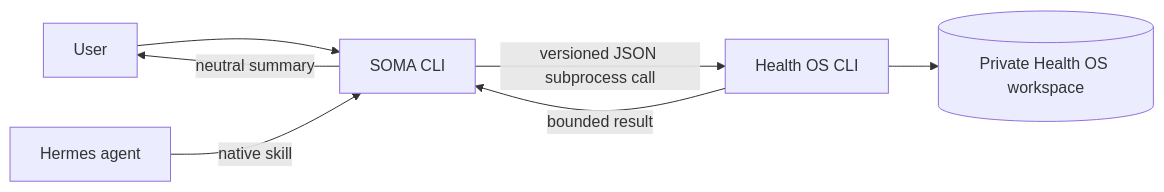
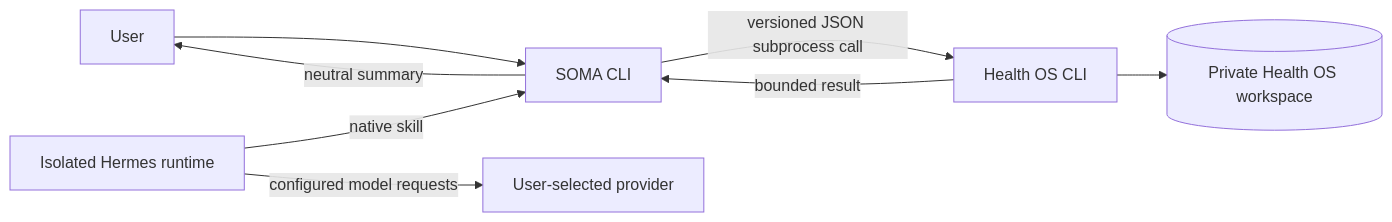
One commit to bknstn/soma-ai changed the diagram in docs/architecture.md. Above: the diagram before and after it, drawn with Mermaid. The commit also changed other lines of this file and 19 other files, not shown here.

Commit message:
Embed Hermes runtime behind a replaceable agent adapter

````diff
--- a/docs/architecture.md
+++ b/docs/architecture.md
@@ -7,9 +7,10 @@
 ```mermaid
 flowchart LR
   U[User] --> S[SOMA CLI]
-  H[Hermes agent] -->|native skill| S
+  H[Isolated Hermes runtime] -->|native skill| S
   S -->|versioned JSON subprocess call| O[Health OS CLI]
   O --> W[(Private Health OS workspace)]
   O -->|bounded result| S
   S -->|neutral summary| U
+  H -->|configured model requests| P[User-selected provider]
 ```
````
